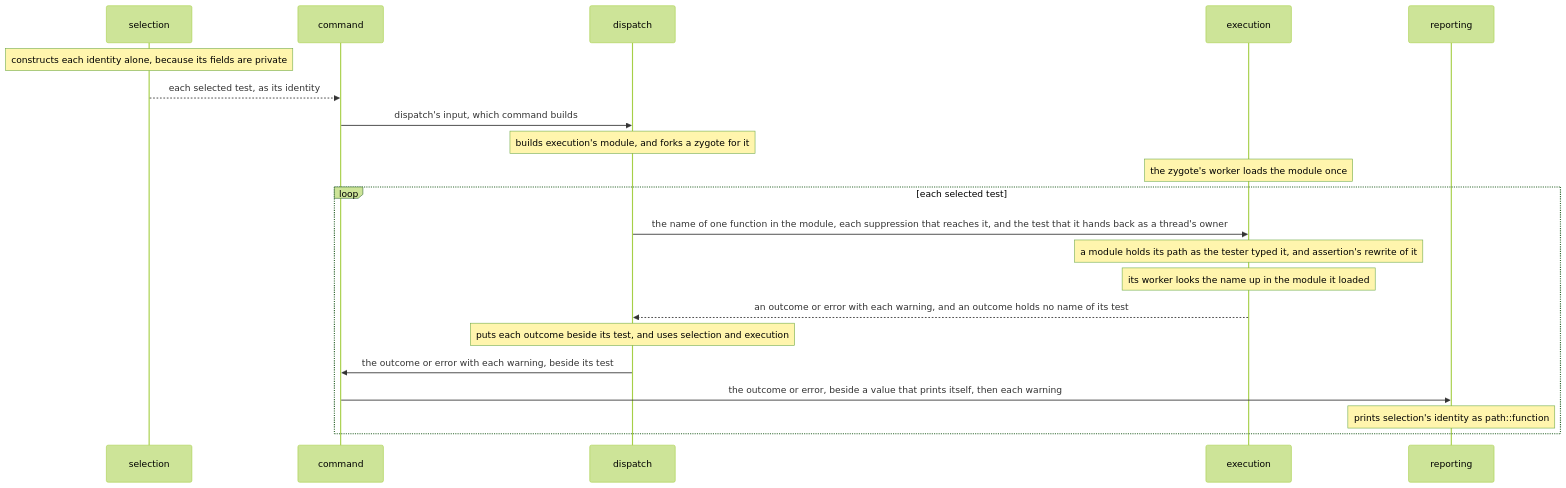
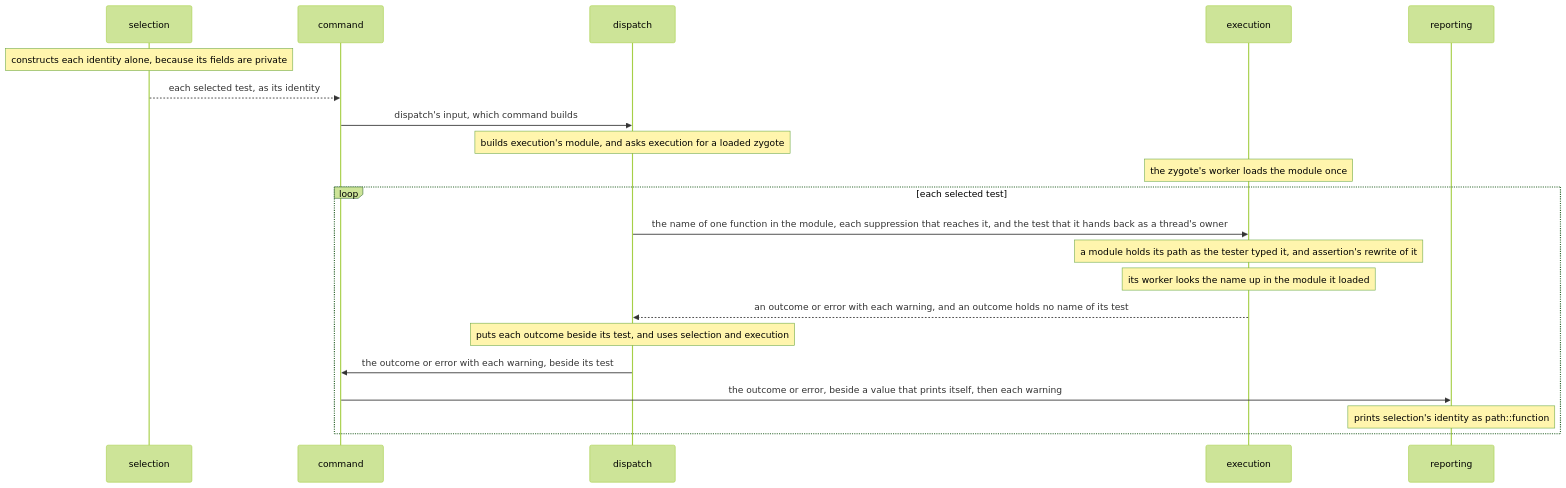
Before and after one commit to kalonji-tools/purba: the diagram in docs/decisions/execution-calls-a-test-by-its-functions-name.md, drawn with Mermaid (forest theme). The commit also changed 4 other files, not shown here.

First line of the commit message:
docs(decisions): let each record place the zygote in execution (#1119)

````diff
--- a/docs/decisions/execution-calls-a-test-by-its-functions-name.md
+++ b/docs/decisions/execution-calls-a-test-by-its-functions-name.md
@@ -32,23 +32,23 @@
 ```mermaid
 sequenceDiagram
   participant selection
   participant command
   participant dispatch
   participant execution
   participant reporting
   Note over selection: constructs each identity alone, because its fields are private
   selection-->>command: each selected test, as its identity
   command->>dispatch: dispatch's input, which command builds
-  Note over dispatch: builds execution's module, and forks a zygote for it
+  Note over dispatch: builds execution's module, and asks execution for a loaded zygote
   Note over execution: the zygote's worker loads the module once
   loop each selected test
     dispatch->>execution: the name of one function in the module, each suppression that reaches it, and the test that it hands back as a thread's owner
     Note over execution: a module holds its path as the tester typed it, and assertion's rewrite of it
     Note over execution: its worker looks the name up in the module it loaded
     execution-->>dispatch: an outcome or error with each warning, and an outcome holds no name of its test
     Note over dispatch: puts each outcome beside its test, and uses selection and execution
     dispatch->>command: the outcome or error with each warning, beside its test
     command->>reporting: the outcome or error, beside a value that prints itself, then each warning
     Note over reporting: prints selection's identity as path::function
   end
 ```
````
